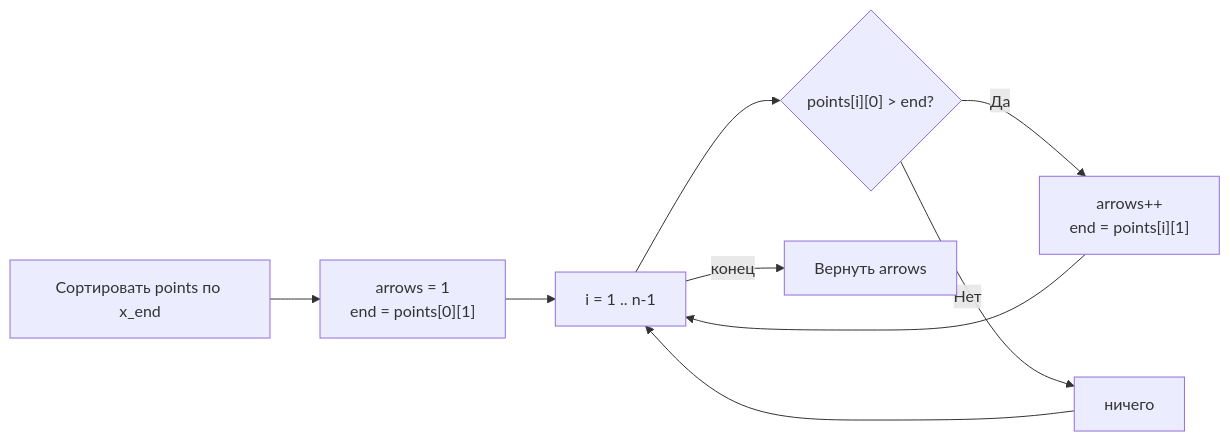
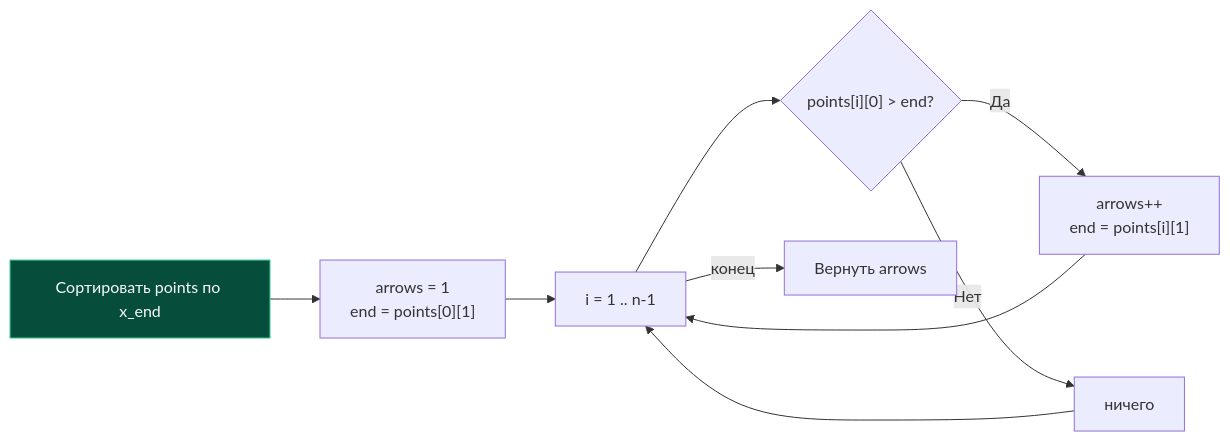
Before and after one commit to UnrealTemplier/go-textbook: the diagram in sources/21. Задачи с LeetCode и собеседований на Go/02. Задачи/17. Жадные алгоритмы/8. Minimum Number of Arrows.md, drawn with Mermaid. The commit also changed 1666 other files, not shown here.

First line of the commit message:
feat(mermaid): add semantic color classDef to 1369 colorless flowchart/graph diagrams

````diff
--- a/sources/21. Задачи с LeetCode и собеседований на Go/02. Задачи/17. Жадные алгоритмы/8. Minimum Number of Arrows.md
+++ b/sources/21. Задачи с LeetCode и собеседований на Go/02. Задачи/17. Жадные алгоритмы/8. Minimum Number of Arrows.md
@@ -64,11 +64,21 @@
 ```mermaid
 flowchart LR
-    A["Сортировать points по x_end"] --> B["arrows = 1<br>end = points[0][1]"]
+    classDef process  fill:#1e293b,stroke:#38bdf8,stroke-width:1px,color:#f8fafc
+    classDef success  fill:#064e3b,stroke:#34d399,stroke-width:1px,color:#f8fafc
+    classDef error    fill:#7f1d1d,stroke:#f87171,stroke-width:1px,color:#f8fafc
+    classDef warning  fill:#78350f,stroke:#fbbf24,stroke-width:1px,color:#f8fafc
+    classDef entry    fill:#1e3a5f,stroke:#38bdf8,stroke-width:2px,color:#f8fafc
+    classDef aux      fill:#334155,stroke:#64748b,stroke-width:1px,color:#f8fafc
+    classDef system   fill:#312e81,stroke:#a78bfa,stroke-width:1px,color:#f8fafc
+    classDef data     fill:#132d29,stroke:#2dd4bf,stroke-width:1px,color:#f8fafc
+    classDef network  fill:#881337,stroke:#fb7185,stroke-width:1px,color:#f8fafc
+    classDef accent   fill:#1e1b4b,stroke:#818cf8,stroke-width:1px,color:#f8fafc
+    A["Сортировать points по x_end"]:::success --> B["arrows = 1<br>end = points[0][1]"]
     B --> C["i = 1 .. n-1"]
     C --> D{"points[i][0] > end?"}
     D -->|"Да"| E["arrows++<br>end = points[i][1]"]
     D -->|"Нет"| F["ничего"]
     E --> C
     F --> C
     C -->|"конец"| G["Вернуть arrows"]
 ```
````
